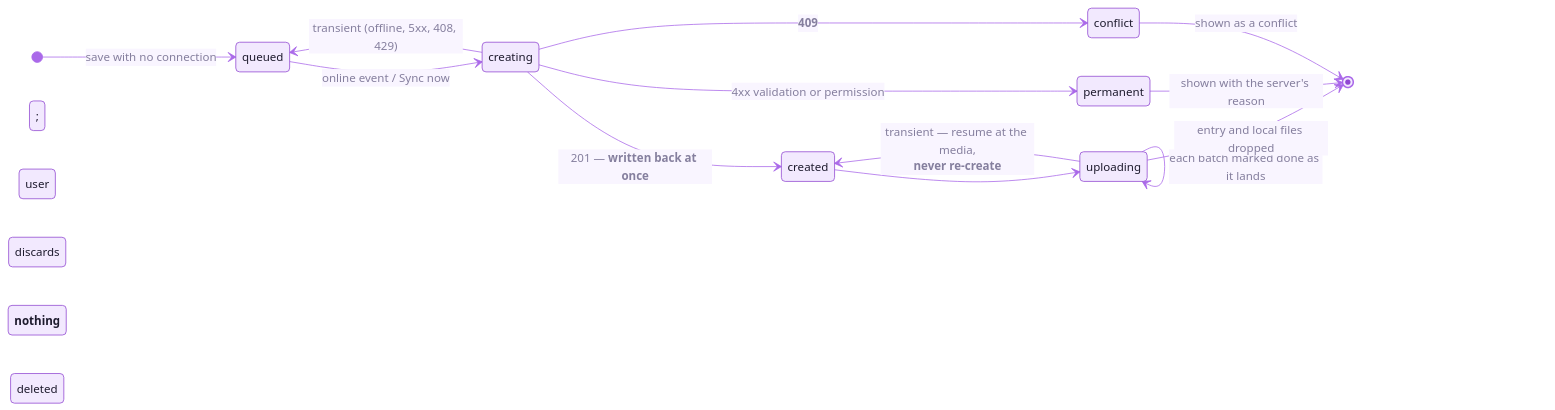
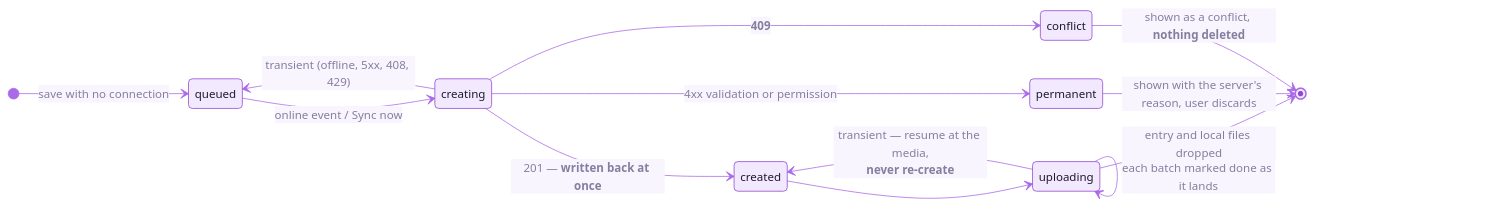
Before and after one commit to cxacraftecosystem-ui/designer-portal: the second of 2 diagrams in docs/MEDIA_PIPELINE.md, drawn with Mermaid. The commit also changed other lines of this file and 4 other files, not shown here.

````diff
--- a/docs/MEDIA_PIPELINE.md
+++ b/docs/MEDIA_PIPELINE.md
@@ -410,17 +410,17 @@
 ```mermaid
 %%{init: {"theme":"base","themeVariables":{"fontFamily":"Inter, ui-sans-serif, system-ui, -apple-system, Segoe UI, Roboto, Helvetica, Arial, sans-serif","fontSize":"15px","primaryColor":"#F2E9FE","primaryTextColor":"#1E1B2E","primaryBorderColor":"#9148D2","secondaryColor":"#FAEECD","secondaryTextColor":"#1E1B2E","secondaryBorderColor":"#CD9200","tertiaryColor":"#F3F1FA","tertiaryTextColor":"#1E1B2E","tertiaryBorderColor":"#A7A3BC","mainBkg":"#F2E9FE","nodeBorder":"#9148D2","nodeTextColor":"#1E1B2E","lineColor":"#AA69E9","textColor":"#857F9E","edgeLabelBackground":"#F9F5FF","clusterBkg":"#F9F5FF","clusterBorder":"#D6B6FB","titleColor":"#762CB1","noteBkgColor":"#FAEECD","noteTextColor":"#1E1B2E","noteBorderColor":"#CD9200","actorBkg":"#F2E9FE","actorBorder":"#9148D2","actorTextColor":"#1E1B2E","actorLineColor":"#AA69E9","signalColor":"#AA69E9","signalTextColor":"#857F9E","labelBoxBkgColor":"#F2E9FE","labelBoxBorderColor":"#9148D2","labelTextColor":"#1E1B2E","loopTextColor":"#857F9E","activationBkgColor":"#E7D5FE","activationBorderColor":"#9148D2","sequenceNumberColor":"#FFFFFF","transitionColor":"#AA69E9","transitionLabelColor":"#857F9E","stateLabelColor":"#1E1B2E","stateBkg":"#F2E9FE","compositeBackground":"#F9F5FF","compositeTitleBackground":"#F2E9FE","attributeBackgroundColorOdd":"#FFFFFF","attributeBackgroundColorEven":"#F9F5FF","relationColor":"#AA69E9","relationLabelBackground":"#F9F5FF","relationLabelColor":"#1E1B2E"}}}%%
 stateDiagram-v2
   direction LR
   [*] --> queued: save with no connection
   queued --> creating: online event / Sync now
   creating --> created: 201 — <b>written back at once</b>
   creating --> queued: transient (offline, 5xx, 408, 429)
   creating --> permanent: 4xx validation or permission
   creating --> conflict: <b>409</b>
   created --> uploading
   uploading --> uploading: each batch marked done as it lands
   uploading --> created: transient — resume at the media,<br/><b>never re-create</b>
   uploading --> [*]: entry and local files dropped
-  permanent --> [*]: shown with the server's reason; user discards
-  conflict --> [*]: shown as a conflict; <b>nothing deleted</b>
+  permanent --> [*]: shown with the server's reason, user discards
+  conflict --> [*]: shown as a conflict, <b>nothing deleted</b>
 ```
````
